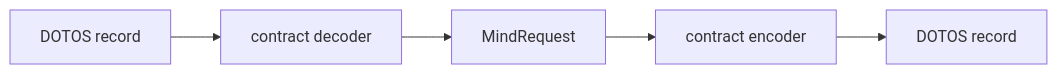
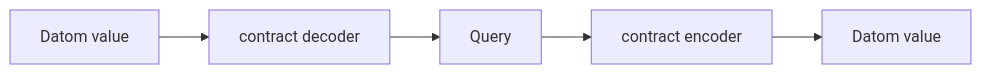
Before and after one commit to LiGoldragon/signal-mind: the second of 2 diagrams in ARCHITECTURE.md, drawn with Mermaid. The commit also changed other lines of this file and 19 other files, not shown here.

````diff
--- a/ARCHITECTURE.md
+++ b/ARCHITECTURE.md
@@ -458,7 +396,7 @@
 ```mermaid
 flowchart LR
-    text[DOTOS record] --> decode[contract decoder]
-    decode --> request[MindRequest]
+    text[Datom value] --> decode[contract decoder]
+    decode --> request[Query]
     request --> encode[contract encoder]
-    encode --> text_again[DOTOS record]
+    encode --> text_again[Datom value]
 ```
````
